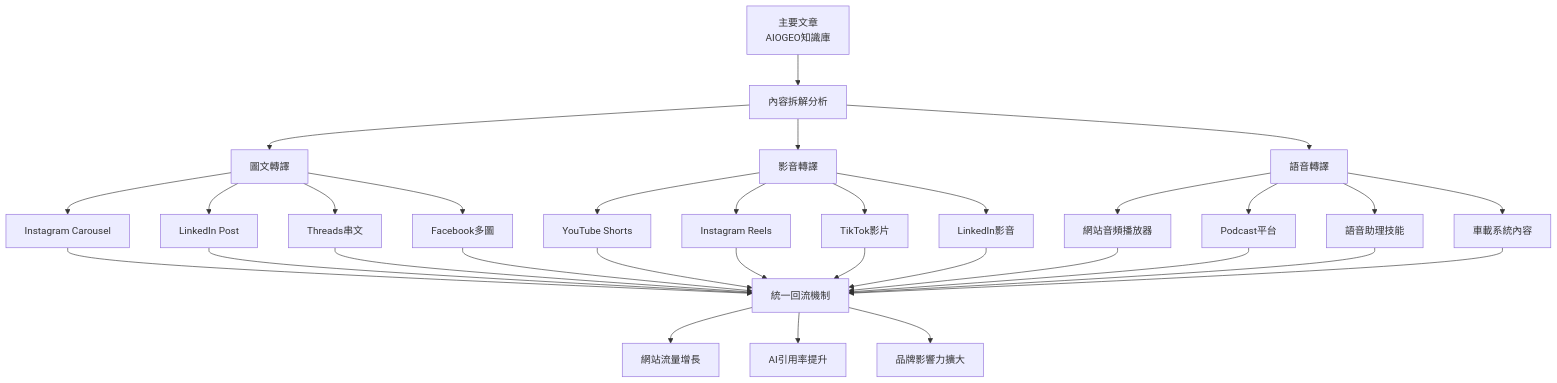
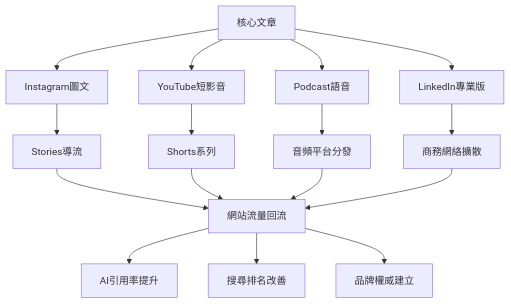
One commit to bless25min/AIOGEO-Knowledge changed the second of 2 diagrams in posts/multimodal-optimization.md. Above: the diagram before and after it, drawn with Mermaid. The commit also changed other lines of this file, not shown here.

````diff
--- a/posts/multimodal-optimization.md
+++ b/posts/multimodal-optimization.md
@@ -426,40 +318,21 @@
 ```mermaid
 graph TD
-    A[主要文章<br/>AIOGEO知識庫] --> B[內容拆解分析]
+    A[核心文章] --> B[Instagram圖文]
+    A --> C[YouTube短影音]  
+    A --> D[Podcast語音]
+    A --> E[LinkedIn專業版]
     
-    B --> C[圖文轉譯]
-    B --> D[影音轉譯]  
-    B --> E[語音轉譯]
+    B --> F[Stories導流]
+    C --> G[Shorts系列]
+    D --> H[音頻平台分發]
+    E --> I[商務網絡擴散]
     
-    C --> F[Instagram Carousel]
-    C --> G[LinkedIn Post]
-    C --> H[Threads串文]
-    C --> I[Facebook多圖]
+    F --> J[網站流量回流]
+    G --> J
+    H --> J
+    I --> J
     
-    D --> J[YouTube Shorts]
-    D --> K[Instagram Reels]
-    D --> L[TikTok影片]
-    D --> M[LinkedIn影音]
-    
-    E --> N[網站音頻播放器]
-    E --> O[Podcast平台]
-    E --> P[語音助理技能]
-    E --> Q[車載系統內容]
-    
-    F --> R[統一回流機制]
-    G --> R
-    H --> R
-    I --> R
-    J --> R
-    K --> R
-    L --> R
-    M --> R
-    N --> R
-    O --> R
-    P --> R
-    Q --> R
-    
-    R --> S[網站流量增長]
-    R --> T[AI引用率提升]
-    R --> U[品牌影響力擴大]
+    J --> K[AI引用率提升]
+    J --> L[搜尋排名改善]
+    J --> M[品牌權威建立]
 ```
````
